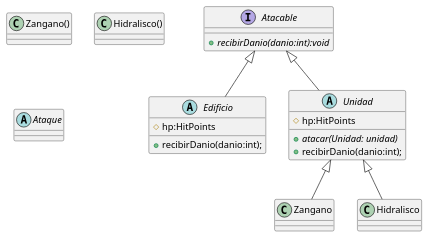
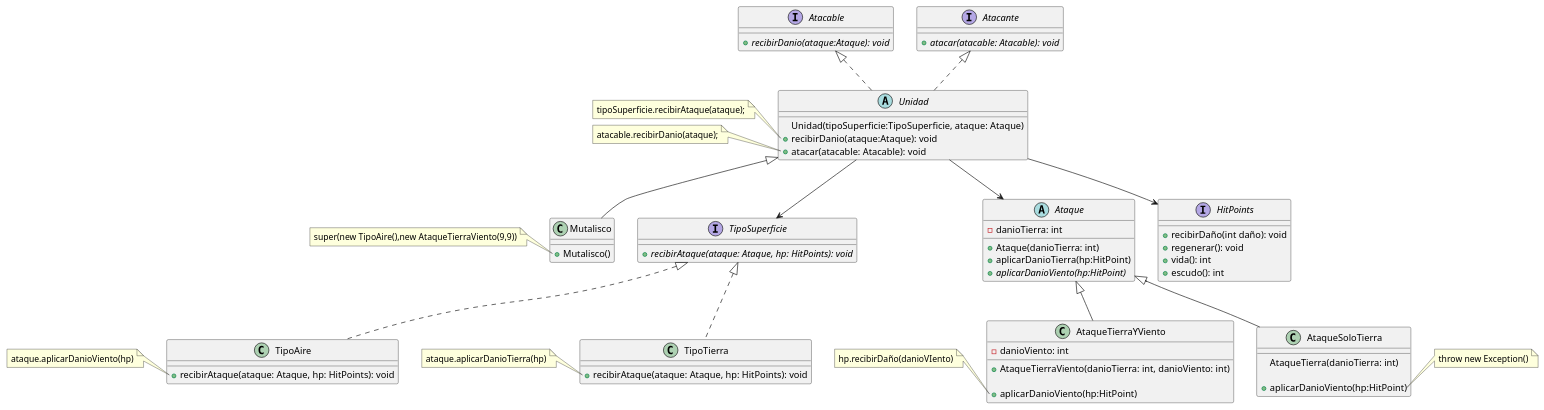
Before and after one commit to nicolasgirardi/algo3_TP2_AlgoStar: the diagram in diagrams/classes/Ataque/clases.puml, drawn with PlantUML. The commit also changed other lines of this file and 17 other files, not shown here.

```diff
--- a/diagrams/classes/Ataque/clases.puml
+++ b/diagrams/classes/Ataque/clases.puml
@@ -1,35 +1,104 @@
 @startuml
+abstract  class Unidad{
+   Unidad(tipoSuperficie:TipoSuperficie, ataque: Ataque)
+   + recibirDanio(ataque:Ataque): void
+   + atacar(atacable: Atacable): void
+}
+note left of Unidad::recibirDanio
+  tipoSuperficie.recibirAtaque(ataque);
+end note
+note left of Unidad::atacar
+  atacable.recibirDanio(ataque);
+end note
 
-class Zangano(){
+
+
+interface TipoSuperficie {
+   + {abstract} recibirAtaque(ataque: Ataque, hp: HitPoints): void
+}
+
+class TipoAire implements TipoSuperficie{
+   +  recibirAtaque(ataque: Ataque, hp: HitPoints): void
+}
+note left of TipoAire::recibirAtaque
+  ataque.aplicarDanioViento(hp)
+end note
+
+class TipoTierra implements TipoSuperficie{
+   +  recibirAtaque(ataque: Ataque, hp: HitPoints): void
+}
+note left of TipoTierra::recibirAtaque
+  ataque.aplicarDanioTierra(hp)
+end note
+
+
+class Mutalisco {
+   + Mutalisco()
+}
+note left of Mutalisco::Mutalisco
+  super(new TipoAire(),new AtaqueTierraViento(9,9))
+end note
+
+
+
+interface Atacable {
+   + {abstract} recibirDanio(ataque:Ataque): void
+}
+
+interface Atacante {
+   + {abstract} atacar(atacable: Atacable): void
+}
+
+abstract class Ataque {
+   -danioTierra: int
+   + Ataque(danioTierra: int)
+   + aplicarDanioTierra(hp:HitPoint)
+   + {abstract} aplicarDanioViento(hp:HitPoint)
+}
+
+class AtaqueSoloTierra {
+    AtaqueTierra(danioTierra: int)
+
+   +  aplicarDanioViento(hp:HitPoint)
+}
+note right of AtaqueSoloTierra::aplicarDanioViento
+  throw new Exception()
+end note
+
+
+class AtaqueTierraYViento {
+    - danioViento: int
+    + AtaqueTierraViento(danioTierra: int, danioViento: int)
+
+   +  aplicarDanioViento(hp:HitPoint)
+}
+note left of AtaqueTierraYViento::aplicarDanioViento
+  hp.recibirDaño(danioVIento)
+end note
+
+
+
+interface HitPoints {
+
+    + recibirDaño(int daño): void
+    + regenerar(): void
+    + vida(): int
+    + escudo(): int
 
 }
 
-class Hidralisco(){
 
-}
+Atacable <|.. Unidad
 
-interface Atacable{
-+ {abstract} recibirDanio(danio:int):void
+Atacante <|.. Unidad
 
-}
-abstract class Ataque{
+Ataque <|-- AtaqueSoloTierra
+Ataque <|-- AtaqueTierraYViento
 
-}
-abstract class Edificio{
-# hp:HitPoints
-+recibirDanio(danio:int);
-}
 
-abstract class Unidad{
-# hp:HitPoints
-
-+{abstract} atacar(Unidad: unidad)
-+recibirDanio(danio:int);
-}
-
-Atacable <|-- Edificio
-Atacable <|-- Unidad
-Unidad <|-- Zangano
-Unidad <|--Hidralisco
+Unidad <|-- Mutalisco
+Unidad --> HitPoints
+Unidad --> Ataque
+Unidad --> TipoSuperficie
 
 @enduml
```
